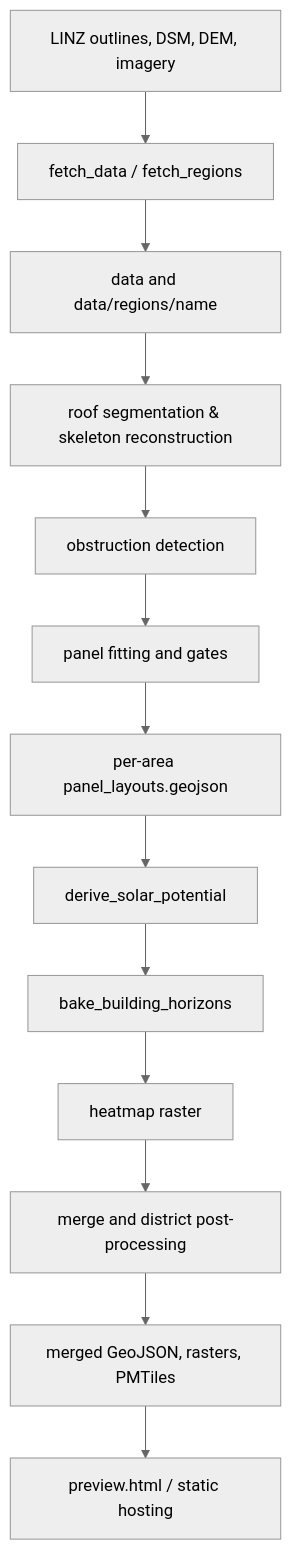
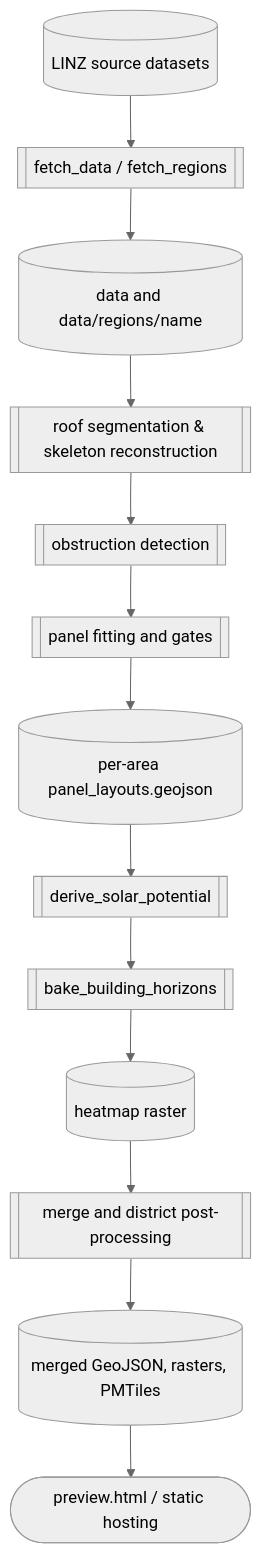
One commit to rewiring-nz/nz-solar-potential changed the diagram in docs/developers/architecture.md. Above: the diagram before and after it, drawn with Mermaid (neutral theme). The commit also changed other lines of this file, not shown here.

Commit message:
docs: clarify architecture diagram notation

````diff
--- a/docs/developers/architecture.md
+++ b/docs/developers/architecture.md
@@ -11,15 +11,15 @@
 ```mermaid
 flowchart TB
-    LINZ[LINZ outlines, DSM, DEM, imagery] --> Fetch[fetch_data / fetch_regions]
-    Fetch --> Inputs[data and data/regions/name]
-    Inputs --> Segment[roof segmentation & skeleton reconstruction]
-    Segment --> Detect[obstruction detection]
-    Detect --> Fit[panel fitting and gates]
-    Fit --> Layouts[per-area panel_layouts.geojson]
-    Layouts --> Derive[derive_solar_potential]
-    Derive --> Horizon[bake_building_horizons]
-    Horizon --> Raster[heatmap raster]
-    Raster --> Merge[merge and district post-processing]
-    Merge --> Outputs[merged GeoJSON, rasters, PMTiles]
-    Outputs --> Map[preview.html / static hosting]
+  LINZ[(LINZ source datasets)] --> Fetch[[fetch_data / fetch_regions]]
+  Fetch --> Inputs[(data and data/regions/name)]
+  Inputs --> Segment[[roof segmentation & skeleton reconstruction]]
+  Segment --> Detect[[obstruction detection]]
+  Detect --> Fit[[panel fitting and gates]]
+  Fit --> Layouts[(per-area panel_layouts.geojson)]
+  Layouts --> Derive[[derive_solar_potential]]
+  Derive --> Horizon[[bake_building_horizons]]
+  Horizon --> Raster[(heatmap raster)]
+  Raster --> Merge[[merge and district post-processing]]
+  Merge --> Outputs[(merged GeoJSON, rasters, PMTiles)]
+  Outputs --> Map([preview.html / static hosting])
 ```
````
